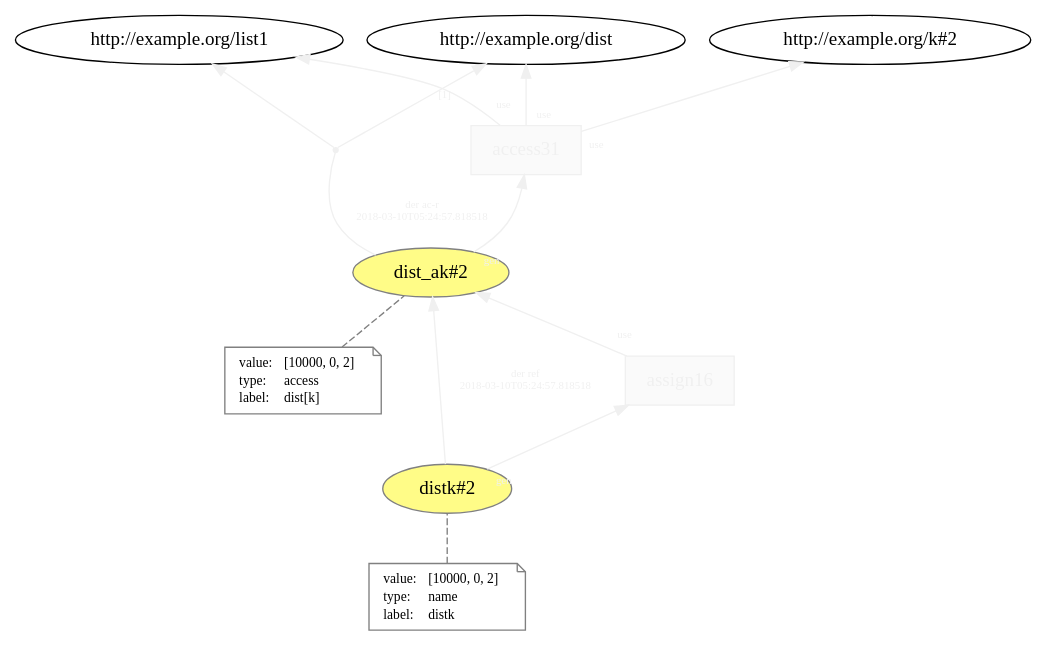
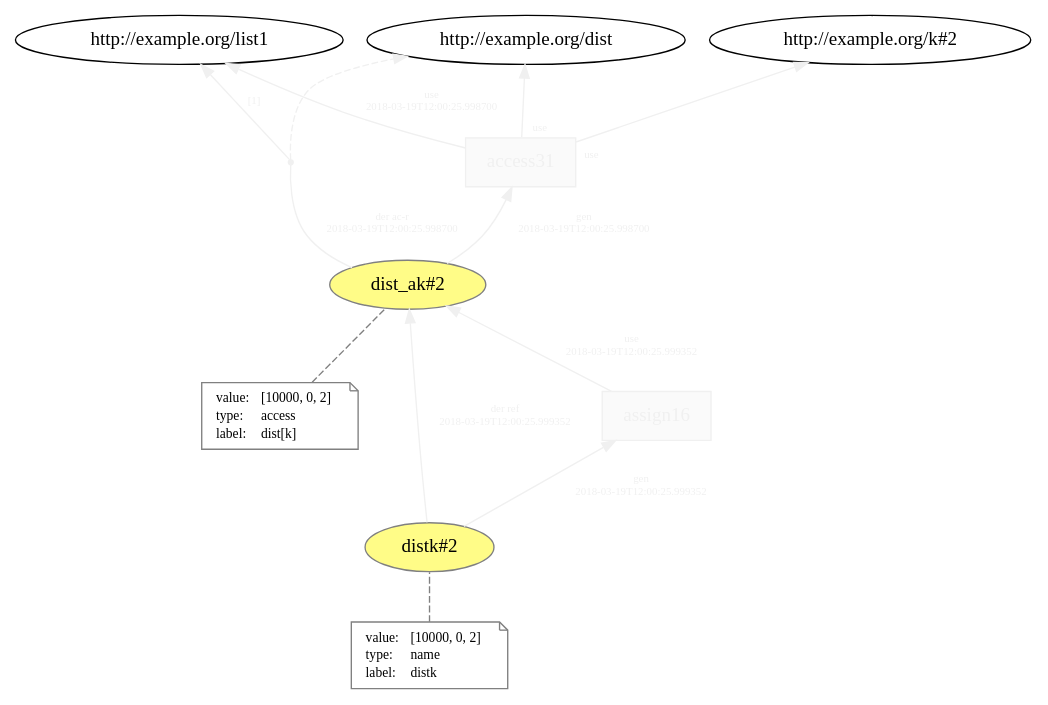
Before and after one commit to dew-uff/versioned-prov: the diagram in generated/intertwined_prov/temp/L13__access__assign_2.dot, drawn with Graphviz. The commit also changed 619 other files, not shown here.

```diff
--- a/generated/intertwined_prov/temp/L13__access__assign_2.dot
+++ b/generated/intertwined_prov/temp/L13__access__assign_2.dot
@@ -1,49 +1,53 @@
 digraph "PROV" { size="16,12"; rankdir="BT";
 "http://example.org/dist_ak#2" [fillcolor="#FFFC87",color="#808080",style="filled",label="dist_ak#2",URL="http://example.org/dist_ak#2"]
 "-attrs0" [color="gray",shape="note",fontsize="10",fontcolor="black",label=<<TABLE cellpadding="0" border="0">
 	<TR>
 	    <TD align="left">value:</TD>
 	    <TD align="left">[10000, 0, 2]</TD>
 	</TR>
 	<TR>
 	    <TD align="left">type:</TD>
 	    <TD align="left">access</TD>
 	</TR>
 	<TR>
 	    <TD align="left">label:</TD>
 	    <TD align="left">dist[k]</TD>
 	</TR>
 </TABLE>>]
 "-attrs0" -> "http://example.org/dist_ak#2" [color="gray",style="dashed",arrowhead="none"]
 "http://example.org/access31" [fillcolor="#FAFAFA",color="#F0F0F0",shape="polygon",sides="4",style="filled",fontcolor="#F0F0F0",label="access31",URL="http://example.org/access31"]
 "bn0" [shape="point",label="",fontcolor="#F0F0F0",color="#F0F0F0"]
 "http://example.org/dist_ak#2" -> "bn0" [fontsize="8",distance="1.5",angle="60.0",rotation="20",label="der ac-r
-2018-03-10T05:24:57.818518",arrowhead="none",fontcolor="#F0F0F0",color="#F0F0F0"]
-"bn0" -> "http://example.org/dist" [fontsize="8",distance="1.5",angle="60.0",rotation="20",label="[1]",fontcolor="#F0F0F0",color="#F0F0F0"]
-"bn0" -> "http://example.org/list1" [fontcolor="#F0F0F0",color="#F0F0F0"]
+2018-03-19T12:00:25.998700",arrowhead="none",fontcolor="#F0F0F0",color="#F0F0F0"]
+"bn0" -> "http://example.org/dist" [style="dashed",fontcolor="#F0F0F0",color="#F0F0F0"]
+"bn0" -> "http://example.org/list1" [fontsize="8",distance="1.5",angle="60.0",rotation="20",label="[1]",fontcolor="#F0F0F0",color="#F0F0F0"]
 "http://example.org/access31" -> "http://example.org/dist" [labelfontsize="8",labeldistance="1.5",labelangle="60.0",rotation="20",taillabel="use",fontcolor="#F0F0F0",color="#F0F0F0"]
 "http://example.org/access31" -> "http://example.org/k#2" [labelfontsize="8",labeldistance="1.5",labelangle="60.0",rotation="20",taillabel="use",fontcolor="#F0F0F0",color="#F0F0F0"]
 "http://example.org/distk#2" [fillcolor="#FFFC87",color="#808080",style="filled",label="distk#2",URL="http://example.org/distk#2"]
 "-attrs1" [color="gray",shape="note",fontsize="10",fontcolor="black",label=<<TABLE cellpadding="0" border="0">
 	<TR>
 	    <TD align="left">value:</TD>
 	    <TD align="left">[10000, 0, 2]</TD>
 	</TR>
 	<TR>
 	    <TD align="left">type:</TD>
 	    <TD align="left">name</TD>
 	</TR>
 	<TR>
 	    <TD align="left">label:</TD>
 	    <TD align="left">distk</TD>
 	</TR>
 </TABLE>>]
 "-attrs1" -> "http://example.org/distk#2" [color="gray",style="dashed",arrowhead="none"]
 "http://example.org/assign16" [fillcolor="#FAFAFA",color="#F0F0F0",shape="polygon",sides="4",style="filled",fontcolor="#F0F0F0",label="assign16",URL="http://example.org/assign16"]
 "http://example.org/distk#2" -> "http://example.org/dist_ak#2" [fontsize="8",distance="1.5",angle="60.0",rotation="20",label="der ref
-2018-03-10T05:24:57.818518",fontcolor="#F0F0F0",color="#F0F0F0"]
-"http://example.org/access31" -> "http://example.org/list1" [labelfontsize="8",labeldistance="1.5",labelangle="60.0",rotation="20",taillabel="use",fontcolor="#F0F0F0",color="#F0F0F0"]
-"http://example.org/assign16" -> "http://example.org/dist_ak#2" [labelfontsize="8",labeldistance="1.5",labelangle="60.0",rotation="20",taillabel="use",fontcolor="#F0F0F0",color="#F0F0F0"]
-"http://example.org/distk#2" -> "http://example.org/assign16" [labelfontsize="8",labeldistance="1.5",labelangle="60.0",rotation="20",taillabel="gen",fontcolor="#F0F0F0",color="#F0F0F0"]
-"http://example.org/dist_ak#2" -> "http://example.org/access31" [labelfontsize="8",labeldistance="1.5",labelangle="60.0",rotation="20",taillabel="gen",fontcolor="#F0F0F0",color="#F0F0F0"]
+2018-03-19T12:00:25.999352",fontcolor="#F0F0F0",color="#F0F0F0"]
+"http://example.org/assign16" -> "http://example.org/dist_ak#2" [fontsize="8",distance="1.5",angle="60.0",rotation="20",label="use
+2018-03-19T12:00:25.999352",fontcolor="#F0F0F0",color="#F0F0F0"]
+"http://example.org/access31" -> "http://example.org/list1" [fontsize="8",distance="1.5",angle="60.0",rotation="20",label="use
+2018-03-19T12:00:25.998700",fontcolor="#F0F0F0",color="#F0F0F0"]
+"http://example.org/distk#2" -> "http://example.org/assign16" [fontsize="8",distance="1.5",angle="60.0",rotation="20",label="gen
+2018-03-19T12:00:25.999352",fontcolor="#F0F0F0",color="#F0F0F0"]
+"http://example.org/dist_ak#2" -> "http://example.org/access31" [fontsize="8",distance="1.5",angle="60.0",rotation="20",label="gen
+2018-03-19T12:00:25.998700",fontcolor="#F0F0F0",color="#F0F0F0"]
 }
```
